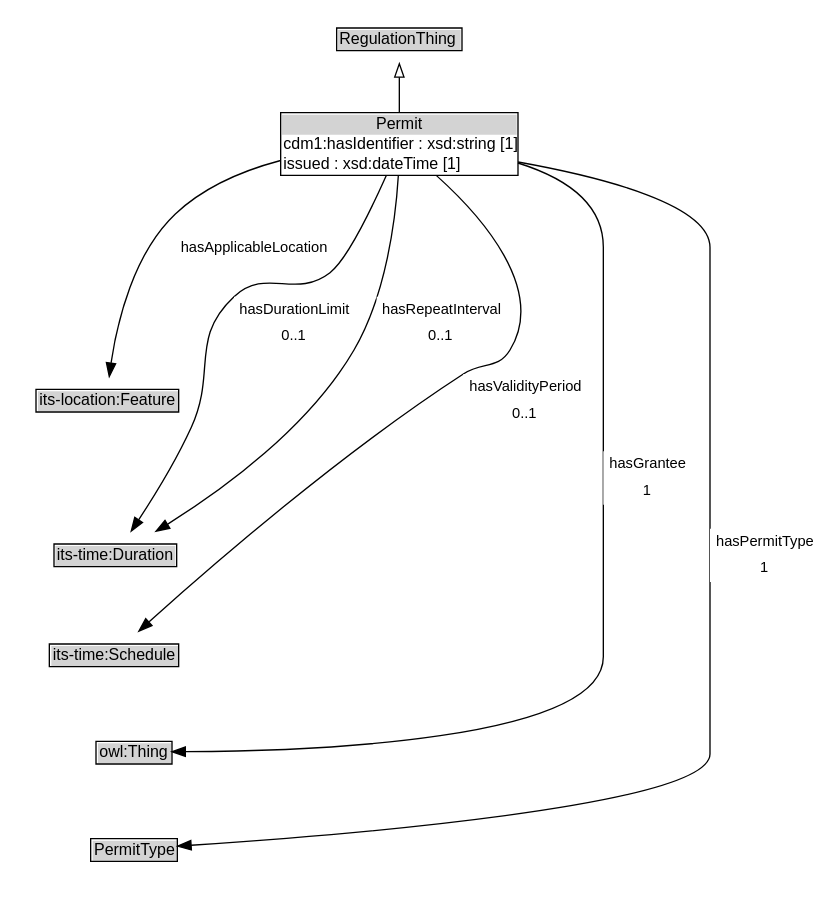
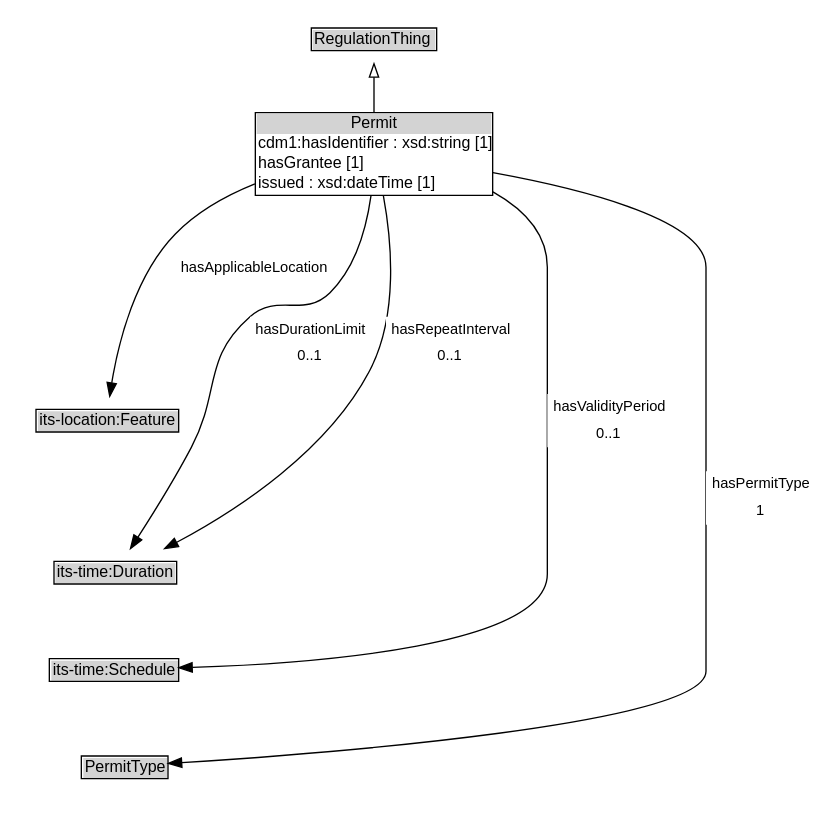
Before and after one commit to k-vaughn/ontology-its-regulation: the diagram in docs/diagrams/Permit.dot, drawn with Graphviz. The commit also changed 98 other files, not shown here.

```diff
--- a/docs/diagrams/Permit.dot
+++ b/docs/diagrams/Permit.dot
@@ -1,41 +1,37 @@
 // Diagram for Permit
 digraph {
 	graph [overlap=false rankdir=TB splines=true]
 	node [fontname=Arial fontsize=12 margin=0 shape=none]
 	edge [fontname=Arial fontsize=11]
 	{
 		rank=source
 		RegulationThing [label=<<TABLE BORDER="1" CELLBORDER="0" CELLSPACING="0" CELLPADDING="1"><TR><TD BGCOLOR="lightgray" ALIGN="CENTER">RegulationThing</TD></TR></TABLE>> URL="../RegulationThing" margin=0]
 	}
-	Permit [label=<<TABLE BORDER="1" CELLBORDER="0" CELLSPACING="0" CELLPADDING="1"><TR><TD BGCOLOR="lightgray" ALIGN="CENTER">Permit</TD></TR><TR><TD ALIGN="LEFT">cdm1:hasIdentifier : xsd:string [1]</TD></TR><TR><TD ALIGN="LEFT">issued : xsd:dateTime [1]</TD></TR></TABLE>> URL="../Permit" margin=0]
+	Permit [label=<<TABLE BORDER="1" CELLBORDER="0" CELLSPACING="0" CELLPADDING="1"><TR><TD BGCOLOR="lightgray" ALIGN="CENTER">Permit</TD></TR><TR><TD ALIGN="LEFT">cdm1:hasIdentifier : xsd:string [1]</TD></TR><TR><TD ALIGN="LEFT">hasGrantee [1]</TD></TR><TR><TD ALIGN="LEFT">issued : xsd:dateTime [1]</TD></TR></TABLE>> URL="../Permit" margin=0]
 	{
 		rank=max
 	}
 	subgraph cluster_associated {
 		label="" style=invis
 		Invis [label=<<TABLE BORDER="0" CELLBORDER="0" CELLSPACING="0" CELLPADDING="1"><TR><TD></TD></TR></TABLE>> margin=0 style=invis]
 		"its-location_Feature" [label=<<TABLE BORDER="1" CELLBORDER="0" CELLSPACING="0" CELLPADDING="1"><TR><TD BGCOLOR="lightgray" ALIGN="CENTER">its-location:Feature</TD></TR></TABLE>> URL="https://w3id.org/itsdata/location/v1/Feature" margin=0]
 		"its-time_Duration" [label=<<TABLE BORDER="1" CELLBORDER="0" CELLSPACING="0" CELLPADDING="1"><TR><TD BGCOLOR="lightgray" ALIGN="CENTER">its-time:Duration</TD></TR></TABLE>> URL="https://w3id.org/itsdata/time/v1/Duration" margin=0]
 		"its-time_Schedule" [label=<<TABLE BORDER="1" CELLBORDER="0" CELLSPACING="0" CELLPADDING="1"><TR><TD BGCOLOR="lightgray" ALIGN="CENTER">its-time:Schedule</TD></TR></TABLE>> URL="https://w3id.org/itsdata/time/v1/Schedule" margin=0]
-		owl_Thing [label=<<TABLE BORDER="1" CELLBORDER="0" CELLSPACING="0" CELLPADDING="1"><TR><TD BGCOLOR="lightgray" ALIGN="CENTER">owl:Thing</TD></TR></TABLE>> URL="https://w3id.org/citydata/imported/owl/latest/Thing" margin=0]
 		PermitType [label=<<TABLE BORDER="1" CELLBORDER="0" CELLSPACING="0" CELLPADDING="1"><TR><TD BGCOLOR="lightgray" ALIGN="CENTER">PermitType</TD></TR></TABLE>> URL="../PermitType" margin=0]
 	}
 	Permit -> RegulationThing [arrowhead=onormal style=solid]
 	Permit -> Invis [style=invis]
 	Invis -> "its-location_Feature" [style=invis]
 	"its-location_Feature" -> "its-time_Duration" [style=invis]
 	"its-time_Duration" -> "its-time_Schedule" [style=invis]
-	"its-time_Schedule" -> owl_Thing [style=invis]
-	owl_Thing -> PermitType [style=invis]
+	"its-time_Schedule" -> PermitType [style=invis]
 	PermitType [label=<<TABLE BORDER="1" CELLBORDER="0" CELLSPACING="0" CELLPADDING="1"><TR><TD BGCOLOR="lightgray" ALIGN="CENTER">PermitType</TD></TR></TABLE>> URL="../PermitType" margin=0]
 	Permit -> PermitType [label=<<TABLE BORDER="0" CELLBORDER="0" CELLSPACING="0" CELLPADDING="4" BGCOLOR="white"><TR><TD ALIGN="CENTER">hasPermitType</TD></TR><TR><TD ALIGN="CENTER">1</TD></TR></TABLE>> arrowhead=normal style=solid]
 	"its-location_Feature" [label=<<TABLE BORDER="1" CELLBORDER="0" CELLSPACING="0" CELLPADDING="1"><TR><TD BGCOLOR="lightgray" ALIGN="CENTER">its-location:Feature</TD></TR></TABLE>> URL="https://w3id.org/itsdata/location/v1/Feature" margin=0]
 	Permit -> "its-location_Feature" [label=<<TABLE BORDER="0" CELLBORDER="0" CELLSPACING="0" CELLPADDING="4" BGCOLOR="white"><TR><TD ALIGN="CENTER">hasApplicableLocation</TD></TR></TABLE>> arrowhead=normal style=solid]
 	"its-time_Duration" [label=<<TABLE BORDER="1" CELLBORDER="0" CELLSPACING="0" CELLPADDING="1"><TR><TD BGCOLOR="lightgray" ALIGN="CENTER">its-time:Duration</TD></TR></TABLE>> URL="https://w3id.org/itsdata/time/v1/Duration" margin=0]
 	Permit -> "its-time_Duration" [label=<<TABLE BORDER="0" CELLBORDER="0" CELLSPACING="0" CELLPADDING="4" BGCOLOR="white"><TR><TD ALIGN="CENTER">hasDurationLimit</TD></TR><TR><TD ALIGN="CENTER">0..1</TD></TR></TABLE>> arrowhead=normal style=solid]
-	owl_Thing [label=<<TABLE BORDER="1" CELLBORDER="0" CELLSPACING="0" CELLPADDING="1"><TR><TD BGCOLOR="lightgray" ALIGN="CENTER">owl:Thing</TD></TR></TABLE>> URL="https://w3id.org/citydata/imported/owl/latest/Thing" margin=0]
-	Permit -> owl_Thing [label=<<TABLE BORDER="0" CELLBORDER="0" CELLSPACING="0" CELLPADDING="4" BGCOLOR="white"><TR><TD ALIGN="CENTER">hasGrantee</TD></TR><TR><TD ALIGN="CENTER">1</TD></TR></TABLE>> arrowhead=normal style=solid]
 	Permit -> "its-time_Duration" [label=<<TABLE BORDER="0" CELLBORDER="0" CELLSPACING="0" CELLPADDING="4" BGCOLOR="white"><TR><TD ALIGN="CENTER">hasRepeatInterval</TD></TR><TR><TD ALIGN="CENTER">0..1</TD></TR></TABLE>> arrowhead=normal style=solid]
 	"its-time_Schedule" [label=<<TABLE BORDER="1" CELLBORDER="0" CELLSPACING="0" CELLPADDING="1"><TR><TD BGCOLOR="lightgray" ALIGN="CENTER">its-time:Schedule</TD></TR></TABLE>> URL="https://w3id.org/itsdata/time/v1/Schedule" margin=0]
 	Permit -> "its-time_Schedule" [label=<<TABLE BORDER="0" CELLBORDER="0" CELLSPACING="0" CELLPADDING="4" BGCOLOR="white"><TR><TD ALIGN="CENTER">hasValidityPeriod</TD></TR><TR><TD ALIGN="CENTER">0..1</TD></TR></TABLE>> arrowhead=normal style=solid]
 }
```
